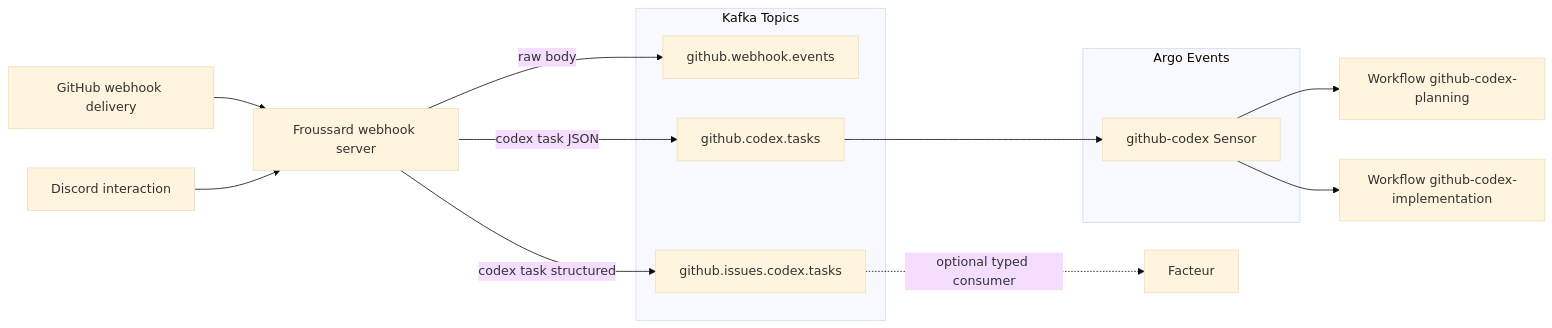
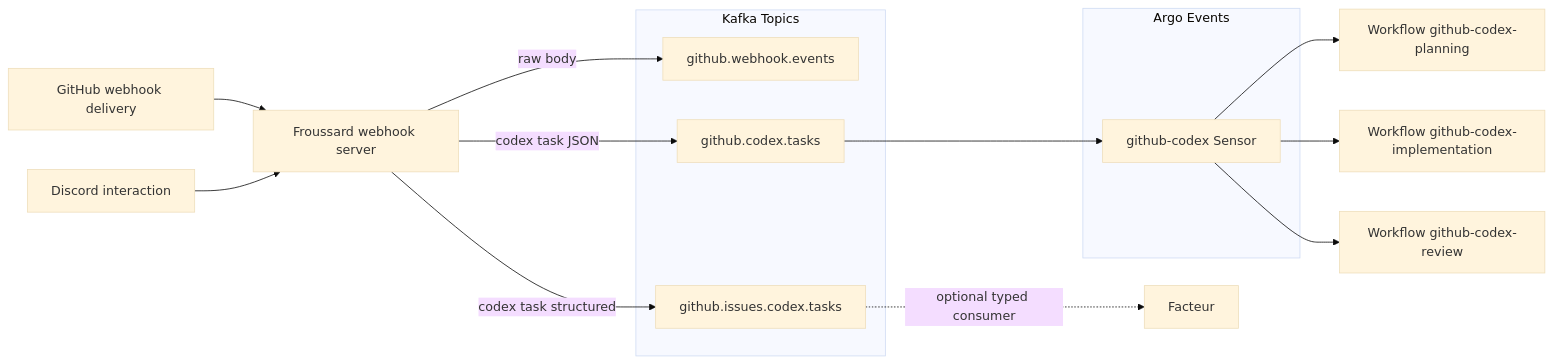
Before and after one commit to gregkonush/lab: the diagram in docs/codex-workflow.md, drawn with Mermaid (base theme). The commit also changed other lines of this file and 31 other files, not shown here.

First line of the commit message:
feat: add codex review automation (#1473)

````diff
--- a/docs/codex-workflow.md
+++ b/docs/codex-workflow.md
@@ -18,20 +20,21 @@
 ```mermaid
 flowchart LR
   GH[GitHub webhook delivery] --> Froussard[Froussard webhook server]
   Discord[Discord interaction] --> Froussard
   subgraph Kafka[Kafka Topics]
     Raw[github.webhook.events]
     Tasks[github.codex.tasks]
     Structured[github.issues.codex.tasks]
   end
   Froussard -->|raw body| Raw
   Froussard -->|codex task JSON| Tasks
   Froussard -->|codex task structured| Structured
   subgraph ArgoEvents[Argo Events]
     Sensor[github-codex Sensor]
   end
   Tasks --> Sensor
   Sensor --> Planning[Workflow github-codex-planning]
   Sensor --> Implementation[Workflow github-codex-implementation]
+  Sensor --> Review[Workflow github-codex-review]
   Structured -. optional typed consumer .-> Facteur
 ```
````
